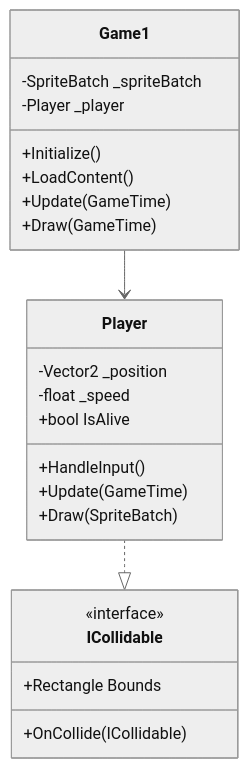
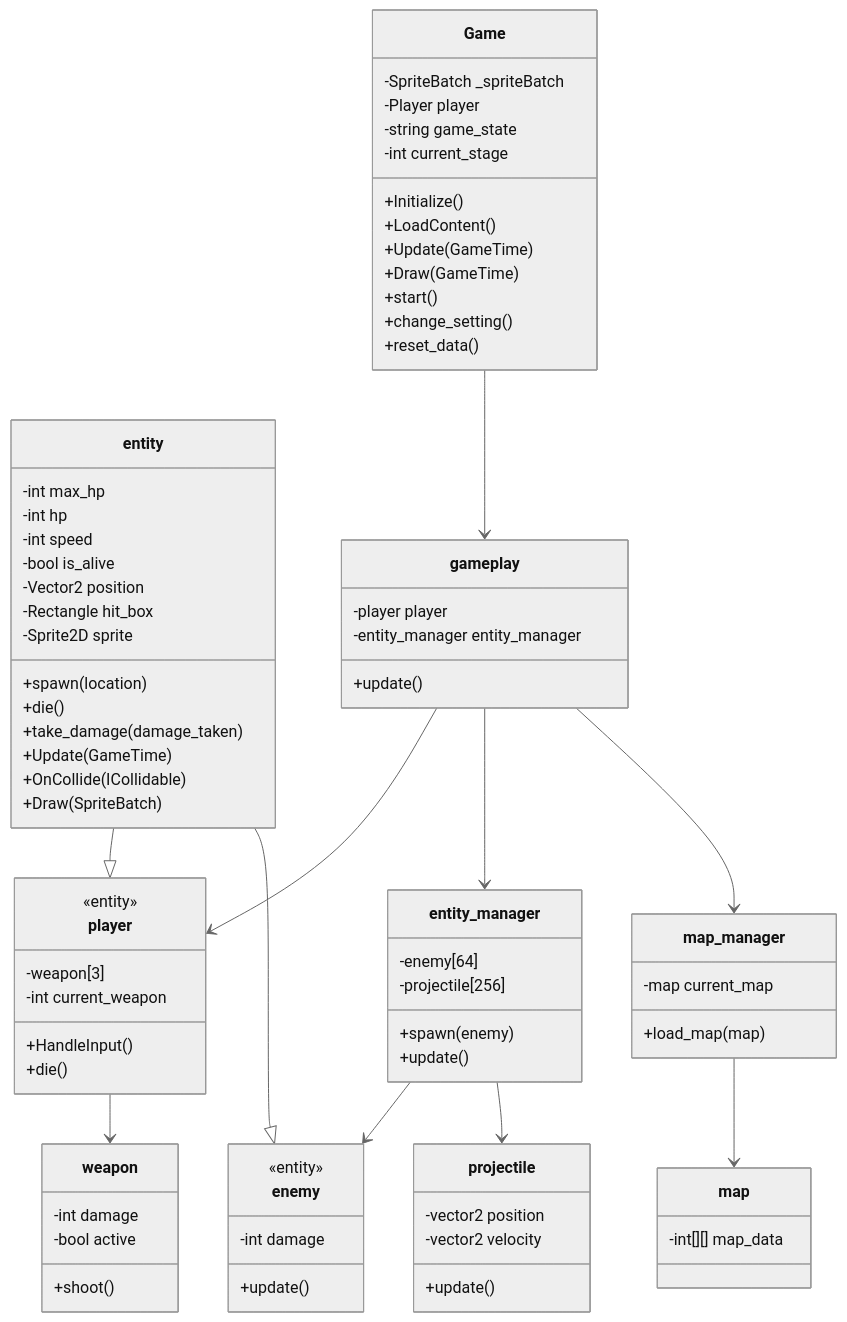
Before and after one commit to Boom740/OldHeart: the diagram in [OldHeart]-game/docs/01_GDD/04-class-diagram-1.md, drawn with Mermaid (neutral theme). The commit also changed other lines of this file, not shown here.

Commit message:
Refactor class diagram for game architecture; update class names and relationships

````diff
--- a/[OldHeart]-game/docs/01_GDD/04-class-diagram-1.md
+++ b/[OldHeart]-game/docs/01_GDD/04-class-diagram-1.md
@@ -9,26 +8,91 @@
 ```mermaid
 classDiagram
-    class Game1 {
+    class Game {
         -SpriteBatch _spriteBatch
-        -Player _player
+        -Player player
+	-string game_state
+	-int current_stage 
+
         +Initialize()
         +LoadContent()
         +Update(GameTime)
         +Draw(GameTime)
+	+start()
+	+change_setting()
+	+reset_data()
     }
-    class Player {
-        -Vector2 _position
-        -float _speed
-        +bool IsAlive
+    class entity {
+	-int max_hp
+        -int hp
+	-int speed
+        -bool is_alive
+	-Vector2 position
+	-Rectangle hit_box
+      	-Sprite2D sprite
+
+	+spawn(location)
+	+die()
+	+take_damage(damage_taken)
+	+Update(GameTime)
+        +OnCollide(ICollidable)
+	+Draw(SpriteBatch)
+    }
+    class player {
+	<<entity>>
+	-weapon[3]
+	-int current_weapon
+
         +HandleInput()
-        +Update(GameTime)
-        +Draw(SpriteBatch)
+	+die()
     }
-    class ICollidable {
-        <<interface>>
-        +Rectangle Bounds
-        +OnCollide(ICollidable)
+    class enemy {
+	<<entity>>
+	-int damage
+
+        +update()
     }
-    Game1 --> Player
-    Player ..|> ICollidable
+    class gameplay {
+	-player player
+	-entity_manager entity_manager
+
+	+update()
+    }
+    class entity_manager {
+	-enemy[64]
+	-projectile[256]
+
+	+spawn(enemy)
+	+update()
+    }
+    class projectile {
+	-vector2 position
+	-vector2 velocity
+
+	+update()
+    }
+    class map_manager {
+	-map current_map
+
+	+load_map(map)
+    }
+    class map {
+	-int[][] map_data
+
+    }
+    class weapon{
+	-int damage
+	-bool active
+
+	+shoot()
+    }
+    gameplay --> player
+    entity --|> player
+    entity --|> enemy
+    Game --> gameplay
+    gameplay --> entity_manager
+    entity_manager --> enemy
+    entity_manager --> projectile
+    gameplay --> map_manager
+    map_manager --> map
+    player --> weapon
 ```
````
